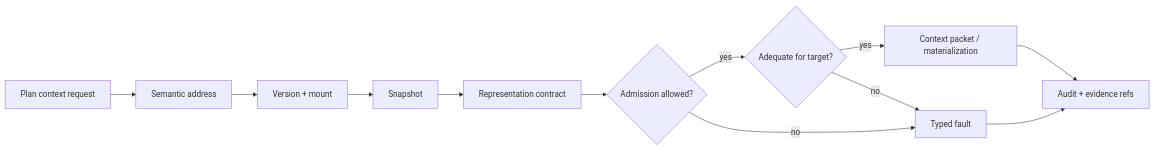
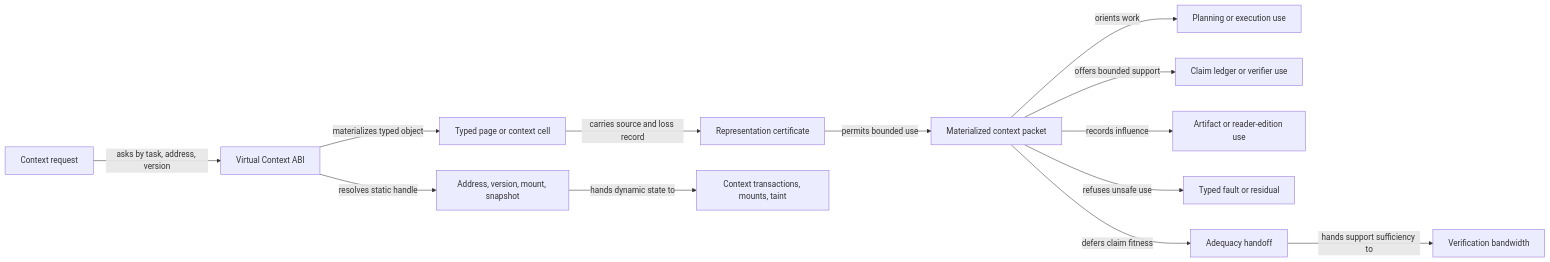
The diagram in chapters/virtual-context-abi.qmd (corbensorenson/asi-stack-book), drawn with Mermaid before and after one commit. The commit also changed other lines of this file and 94 other files, not shown here.

Commit message:
Merge semantic pages into context ABI

````diff
--- a/chapters/virtual-context-abi.qmd
+++ b/chapters/virtual-context-abi.qmd
@@ -111,14 +187,15 @@
 ```{mermaid}
 flowchart LR
-  A["Plan context request"] --> B["Semantic address"]
-  B --> C["Version + mount"]
-  C --> D["Snapshot"]
-  D --> E["Representation contract"]
-  E --> F{"Admission allowed?"}
-  F -- "yes" --> G{"Adequate for target?"}
-  F -- "no" --> H["Typed fault"]
-  G -- "yes" --> I["Context packet / materialization"]
-  G -- "no" --> H
-  I --> J["Audit + evidence refs"]
-  H --> J
+  Request["Context request"] -- "asks by task, address, version" --> ABI["Virtual Context ABI"]
+  ABI -- "resolves static handle" --> Address["Address, version, mount, snapshot"]
+  ABI -- "materializes typed object" --> Cell["Typed page or context cell"]
+  Cell -- "carries source and loss record" --> Cert["Representation certificate"]
+  Cert -- "permits bounded use" --> Packet["Materialized context packet"]
+  Packet -- "orients work" --> Plan["Planning or execution use"]
+  Packet -- "offers bounded support" --> Claim["Claim ledger or verifier use"]
+  Packet -- "records influence" --> Artifact["Artifact or reader-edition use"]
+  Packet -- "refuses unsafe use" --> Fault["Typed fault or residual"]
+  Packet -- "defers claim fitness" --> Adequacy["Adequacy handoff"]
+  Address -- "hands dynamic state to" --> Transaction["Context transactions, mounts, taint"]
+  Adequacy -- "hands support sufficiency to" --> Verification["Verification bandwidth"]
 ```
````
